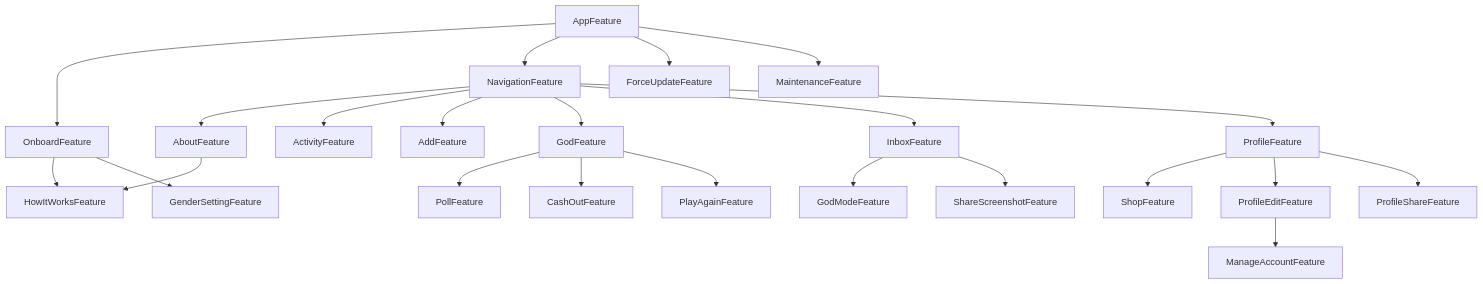
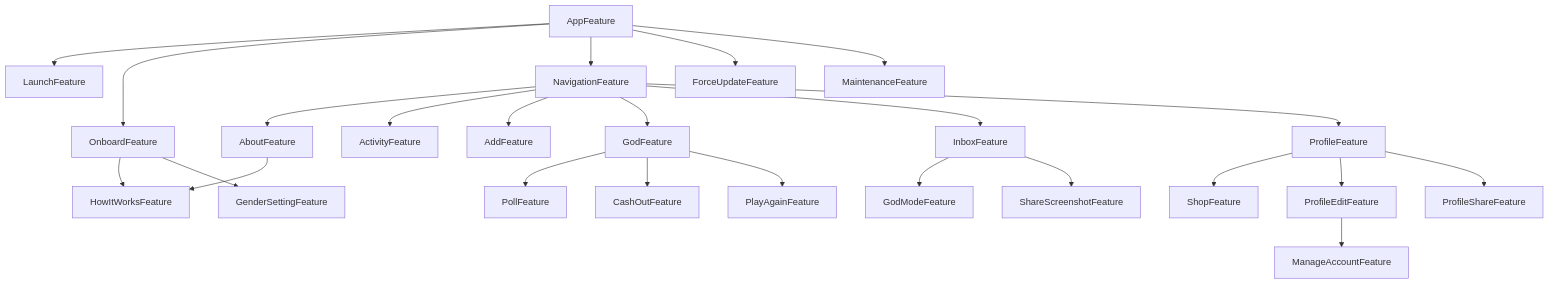
One commit to 0x1-company/god-ios changed the diagram in Packages/GodPackage/README.md. Above: the diagram before and after it, drawn with Mermaid.

Commit message:
chore: 🤖 dgraph

````diff
--- a/Packages/GodPackage/README.md
+++ b/Packages/GodPackage/README.md
@@ -6,25 +6,26 @@
 ```mermaid
 graph TD;
     AboutFeature-->HowItWorksFeature;
+    AppFeature-->LaunchFeature;
     AppFeature-->OnboardFeature;
     AppFeature-->NavigationFeature;
     AppFeature-->ForceUpdateFeature;
     AppFeature-->MaintenanceFeature;
     GodFeature-->PollFeature;
     GodFeature-->CashOutFeature;
     GodFeature-->PlayAgainFeature;
     InboxFeature-->GodModeFeature;
     InboxFeature-->ShareScreenshotFeature;
     NavigationFeature-->AboutFeature;
     NavigationFeature-->ActivityFeature;
     NavigationFeature-->AddFeature;
     NavigationFeature-->GodFeature;
     NavigationFeature-->InboxFeature;
     NavigationFeature-->ProfileFeature;
     OnboardFeature-->HowItWorksFeature;
     OnboardFeature-->GenderSettingFeature;
     ProfileEditFeature-->ManageAccountFeature;
     ProfileFeature-->ShopFeature;
     ProfileFeature-->ProfileEditFeature;
     ProfileFeature-->ProfileShareFeature;
 ```
````
